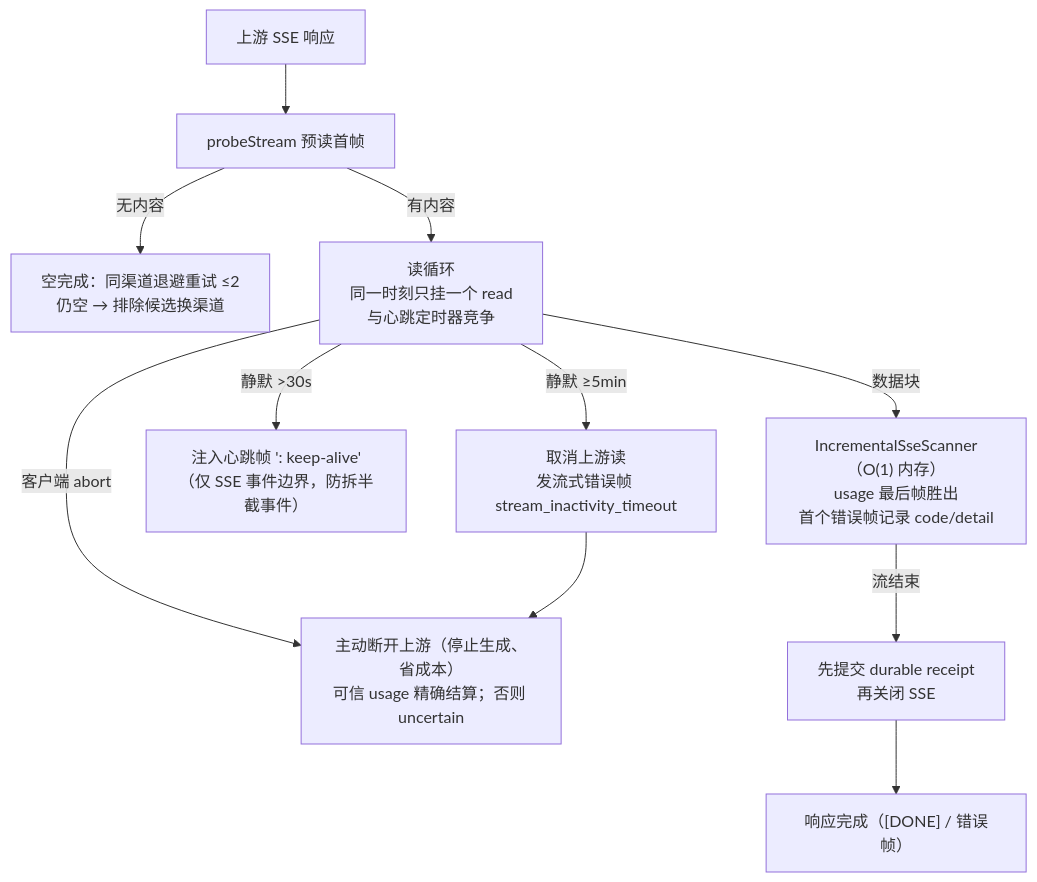
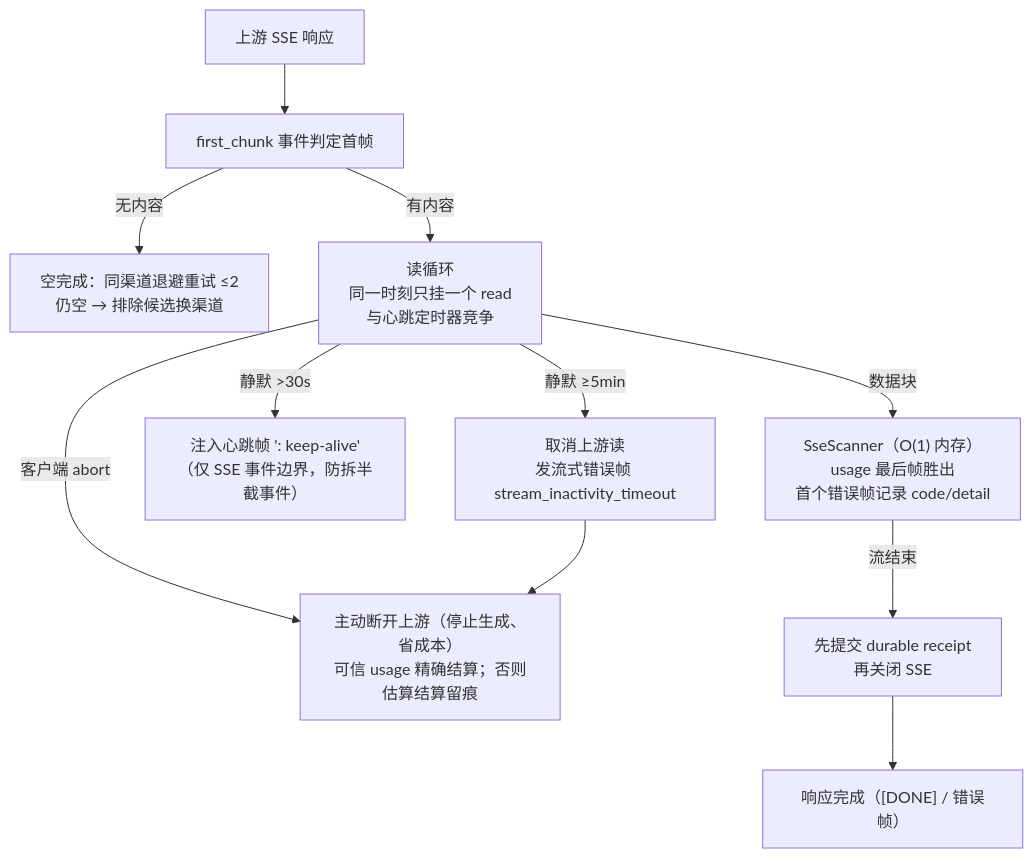
Before and after one commit to renxqoo/Tillgate: the seventh of 8 diagrams in docs/architecture.md, drawn with Mermaid. The commit also changed other lines of this file and 13 other files, not shown here.

````diff
--- a/docs/architecture.md
+++ b/docs/architecture.md
@@ -254,16 +265,16 @@
 ```mermaid
 flowchart TD
-    UP["上游 SSE 响应"] --> PROBE["probeStream 预读首帧"]
+    UP["上游 SSE 响应"] --> PROBE["first_chunk 事件判定首帧"]
 
     PROBE -->|"无内容"| EMPTY["空完成：同渠道退避重试 ≤2<br/>仍空 → 排除候选换渠道"]
     PROBE -->|"有内容"| LOOP["读循环<br/>同一时刻只挂一个 read<br/>与心跳定时器竞争"]
 
-    LOOP -->|"数据块"| SCAN["IncrementalSseScanner（O(1) 内存）<br/>usage 最后帧胜出<br/>首个错误帧记录 code/detail"]
+    LOOP -->|"数据块"| SCAN["SseScanner（O(1) 内存）<br/>usage 最后帧胜出<br/>首个错误帧记录 code/detail"]
     LOOP -->|"静默 >30s"| HB["注入心跳帧 ': keep-alive'<br/>（仅 SSE 事件边界，防拆半截事件）"]
     LOOP -->|"静默 ≥5min"| TO["取消上游读<br/>发流式错误帧 stream_inactivity_timeout"]
-    LOOP -->|"客户端 abort"| ABORT["主动断开上游（停止生成、省成本）<br/>可信 usage 精确结算；否则 uncertain"]
+    LOOP -->|"客户端 abort"| ABORT["主动断开上游（停止生成、省成本）<br/>可信 usage 精确结算；否则估算结算留痕"]
 
     SCAN -->|"流结束"| SETTLE["先提交 durable receipt<br/>再关闭 SSE"]
     TO --> ABORT
     SETTLE --> DONE["响应完成（[DONE] / 错误帧）"]
 ```
````
